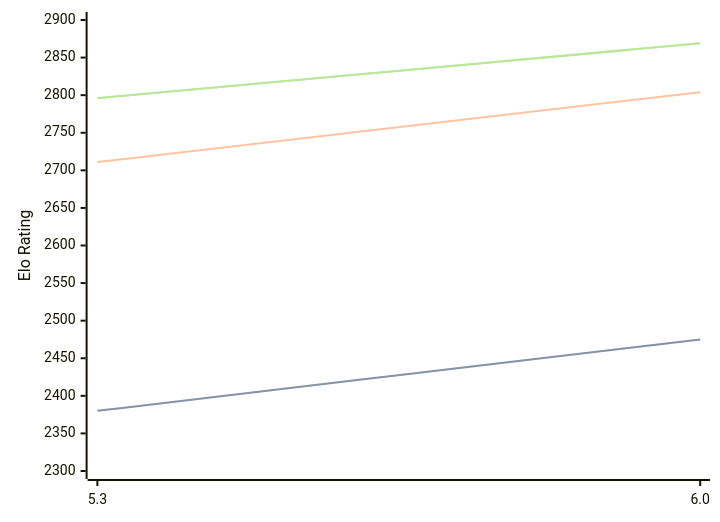
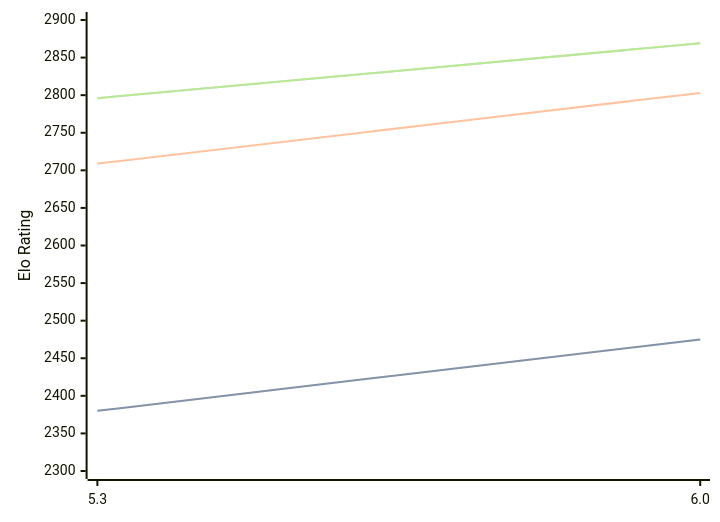
The first of 3 diagrams in engines/tomitankChess.md (computer-chess-index/cci), drawn with Mermaid before and after one commit. The commit also changed other lines of this file, not shown here.

````diff
--- a/engines/tomitankChess.md
+++ b/engines/tomitankChess.md
@@ -40,11 +40,11 @@
 ```mermaid
 %%{init: {"theme":"base","themeVariables":{"seriesColors:['#a3a3a3','#222221','#faa371']}}}%%
 xychart-beta
   x-axis ["5.3", "6.0"]
   y-axis "Elo Rating" 2300 --> 2900
   line "STC (8.0+0.08s)" [2380, 2475]
   line "STC (8.0+0.08s)" [2380, 2475]
-  line "LTC (60.0+0.60s)" [2711, 2804]
+  line "LTC (60.0+0.60s)" [2709, 2803]
   line "VLTC (2m24s+1.12s)" [2796, 2869]
   line "VLTC (2m24s+1.12s)" [2796, 2869]
 ```
````
